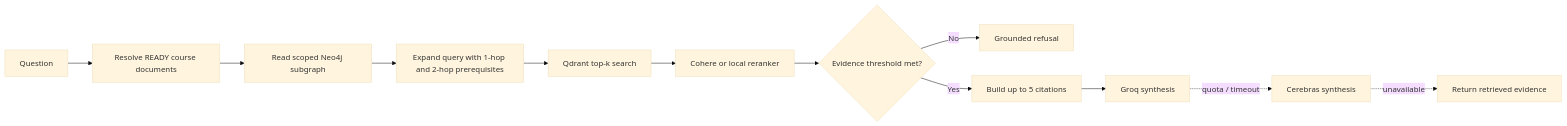
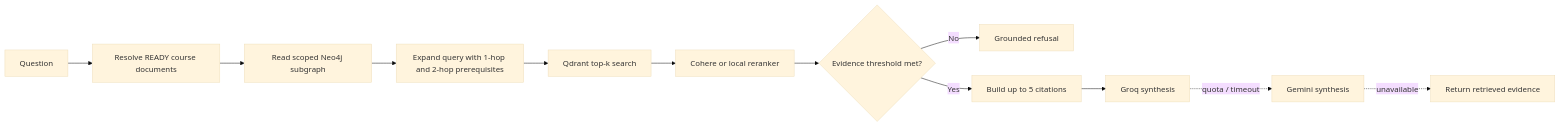
Before and after one commit to Ninjax26/conceptgraph-portfolio: the third of 3 diagrams in README.md, drawn with Mermaid (base theme). The commit also changed other lines of this file and 18 other files, not shown here.

Commit message:
feat: resume graph extraction and improve PDF parsing

````diff
--- a/README.md
+++ b/README.md
@@ -146,14 +150,14 @@
 ```mermaid
 flowchart LR
   Question --> Ready[Resolve READY course documents]
   Ready --> Graph[Read scoped Neo4j subgraph]
   Graph --> Expand[Expand query with 1-hop and 2-hop prerequisites]
   Expand --> Vector[Qdrant top-k search]
   Vector --> Rerank[Cohere or local reranker]
   Rerank --> Evidence{Evidence threshold met?}
   Evidence -- No --> Refuse[Grounded refusal]
   Evidence -- Yes --> Sources[Build up to 5 citations]
   Sources --> Primary[Groq synthesis]
-  Primary -. quota / timeout .-> Secondary[Cerebras synthesis]
+  Primary -. quota / timeout .-> Secondary[Gemini synthesis]
   Secondary -. unavailable .-> Passages[Return retrieved evidence]
 ```
````
